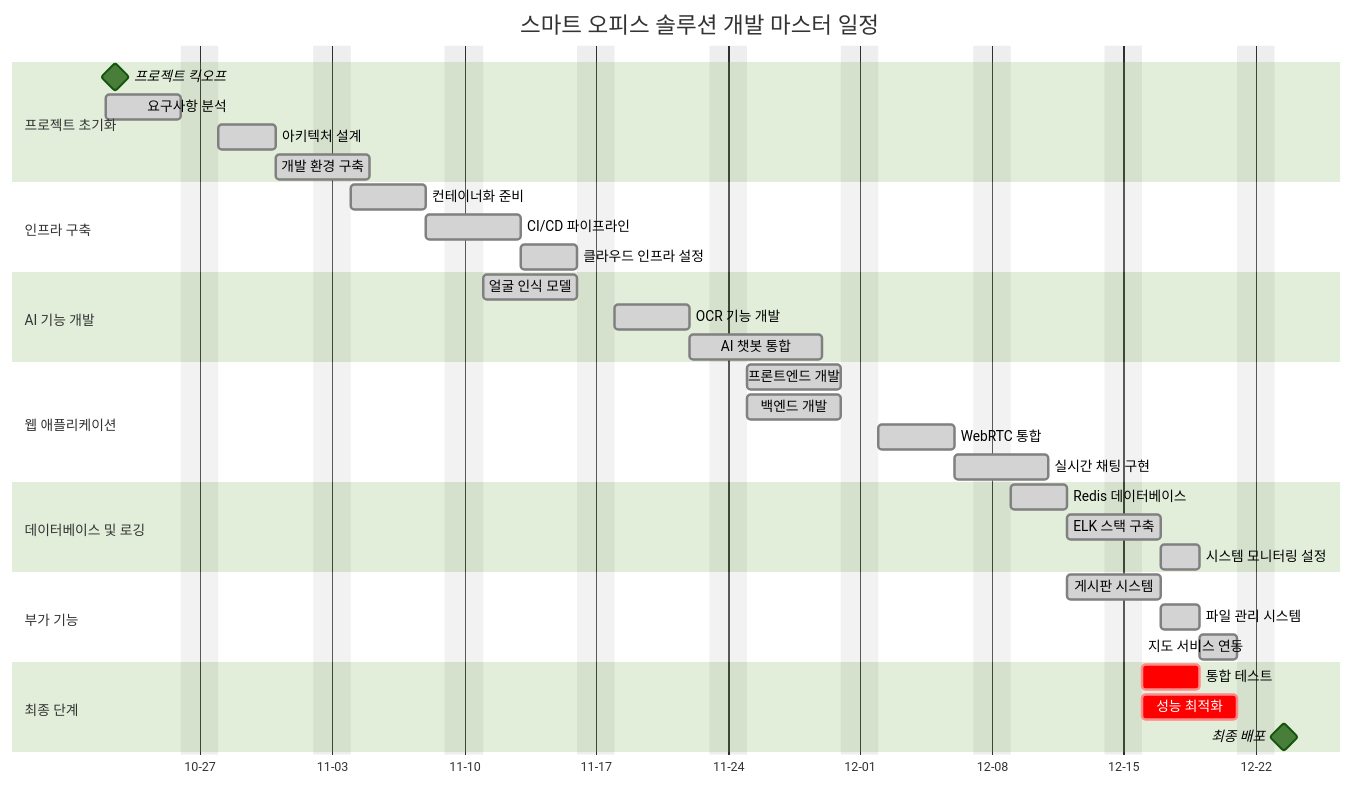
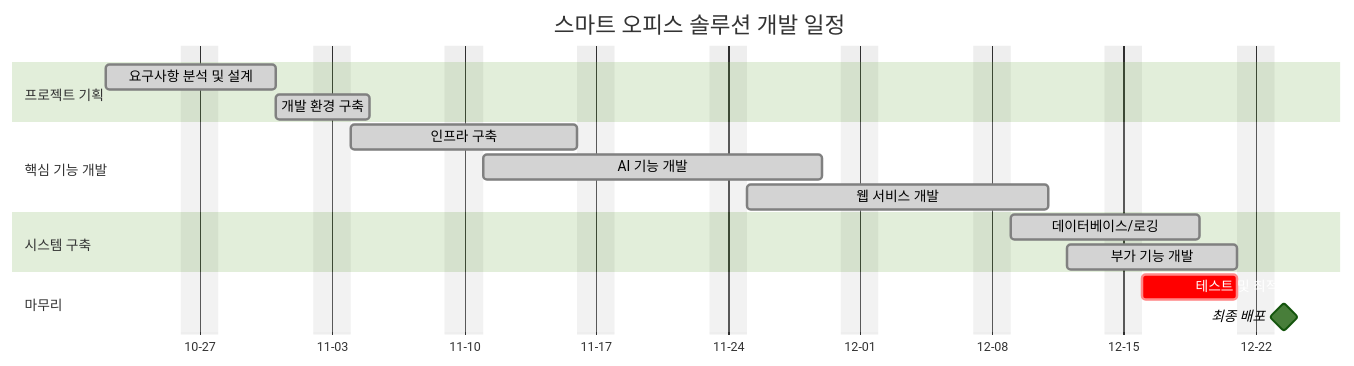
The diagram in README.md (Tae4an/Smart-Office), drawn with Mermaid (forest theme) before and after one commit. The commit also changed other lines of this file, not shown here.

````diff
--- a/README.md
+++ b/README.md
@@ -101,44 +28,24 @@
 ```mermaid
 gantt
-    title 스마트 오피스 솔루션 개발 마스터 일정
+    title 스마트 오피스 솔루션 개발 일정
     dateFormat YYYY-MM-DD
     axisFormat %m-%d
     excludes weekends
 
-    section 프로젝트 초기화
-    프로젝트 킥오프: milestone, start, 2024-10-22, 1d
-    요구사항 분석: done, req, 2024-10-22, 4d
-    아키텍처 설계: done, arch, after req, 3d
-    개발 환경 구축: done, env, after arch, 3d
+    section 프로젝트 기획
+    요구사항 분석 및 설계: done, req, 2024-10-22, 7d
+    개발 환경 구축: done, env, after req, 3d
 
-    section 인프라 구축
-    컨테이너화 준비: done, docker, 2024-11-04, 4d
-    CI/CD 파이프라인: done, cicd, after docker, 3d
-    클라우드 인프라 설정: done, cloud, after cicd, 3d
+    section 핵심 기능 개발
+    인프라 구축: done, infra, 2024-11-04, 10d
+    AI 기능 개발: done, ai, 2024-11-11, 14d
+    웹 서비스 개발: done, web, 2024-11-25, 12d
 
-    section AI 기능 개발
-    얼굴 인식 모델: done, face, 2024-11-11, 5d
-    OCR 기능 개발: done, ocr, after face, 4d
-    AI 챗봇 통합: done, chatbot, after ocr, 5d
+    section 시스템 구축
+    데이터베이스/로깅: done, db, 2024-12-09, 8d
+    부가 기능 개발: done, extra, 2024-12-12, 7d
 
-    section 웹 애플리케이션
-    프론트엔드 개발: done, frontend, 2024-11-25, 5d
-    백엔드 개발: done, backend, 2024-11-25, 5d
-    WebRTC 통합: done, webrtc, after frontend, 4d
-    실시간 채팅 구현: done, chat, after webrtc, 3d
-
-    section 데이터베이스 및 로깅
-    Redis 데이터베이스: done, redis, 2024-12-09, 3d
-    ELK 스택 구축: done, elk, after redis, 3d
-    시스템 모니터링 설정: done, monitor, after elk, 2d
-
-    section 부가 기능
-    게시판 시스템: done, board, 2024-12-12, 3d
-    파일 관리 시스템: done, filemanage, after board, 2d
-    지도 서비스 연동: done, maps, after filemanage, 2d
-
-    section 최종 단계
-    통합 테스트: crit, integration, 2024-12-16, 3d
-    성능 최적화: crit, optimization, 2024-12-16, 5d
-    최종 배포: milestone, deploy, after optimization, 1d
+    section 마무리
+    테스트 및 최적화: crit, test, 2024-12-16, 5d
+    최종 배포: milestone, deploy, after test, 1d
 ```
````
